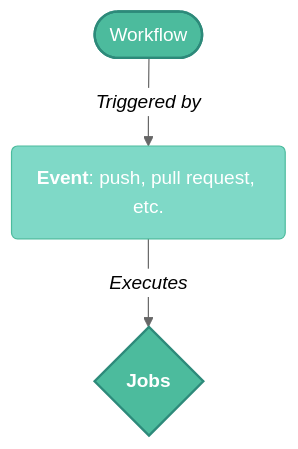
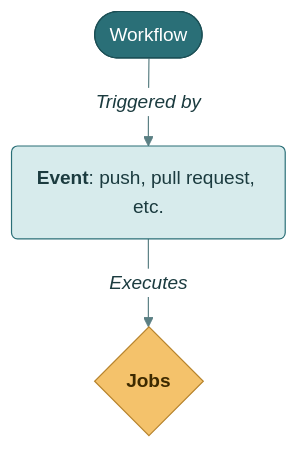
One commit to mjfrigaard/shiny-app-pkgs changed the second of 8 diagrams in gha.qmd. Above: the diagram before and after it, drawn with Mermaid. The commit also changed other lines of this file and 22 other files, not shown here.

First line of the commit message:
Standardize mermaid diagrams on the site teal palette

````diff
--- a/gha.qmd
+++ b/gha.qmd
@@ -159,12 +162,16 @@
 ```{mermaid}
 %%| fig-align: center
-%%{init: {'theme': 'neutral', 'themeVariables': { 'fontFamily': 'monospace', "fontSize":"16px"}}}%%
+%%{init: {'theme': 'base', 'themeVariables': { 'fontFamily': 'monospace', "fontSize":"16px", "primaryColor":"#D7EBEC", "primaryTextColor":"#1B3B3F", "primaryBorderColor":"#2A6F77", "lineColor":"#5A7F83", "edgeLabelBackground":"#FFFFFF", "clusterBkg":"#F3F8F8", "clusterBorder":"#2A6F77", "darkMode":false}}}%%
 flowchart
   workflow(["Workflow"]) -->|"<em>Triggered by<em>"| event("<strong>Event</strong>: push, pull request, etc.")
 
   event --> |"<em>Executes</em>"| Jobs{"<strong>Jobs</strong>"}
 
-  style workflow fill:#4CBB9D,color:#fff,stroke:#2d8a7a,stroke-width:2px
-  style event fill:#7fd9c7,color:#fff,stroke:#4CBB9D,stroke-width:1px
-  style Jobs fill:#4CBB9D,color:#fff,stroke:#2d8a7a,stroke-width:2px
+    classDef term fill:#2A6F77,color:#FFFFFF,stroke:#1B4F55,stroke-width:1px
+    classDef step fill:#D7EBEC,color:#1B3B3F,stroke:#2A6F77,stroke-width:1px
+    classDef decision fill:#F4C26B,color:#3D2A00,stroke:#B7832B,stroke-width:1px
+    classDef io fill:#FFFFFF,color:#1B3B3F,stroke:#2A6F77,stroke-width:1px
+    class workflow term
+    class event step
+    class Jobs decision
 ```
````
